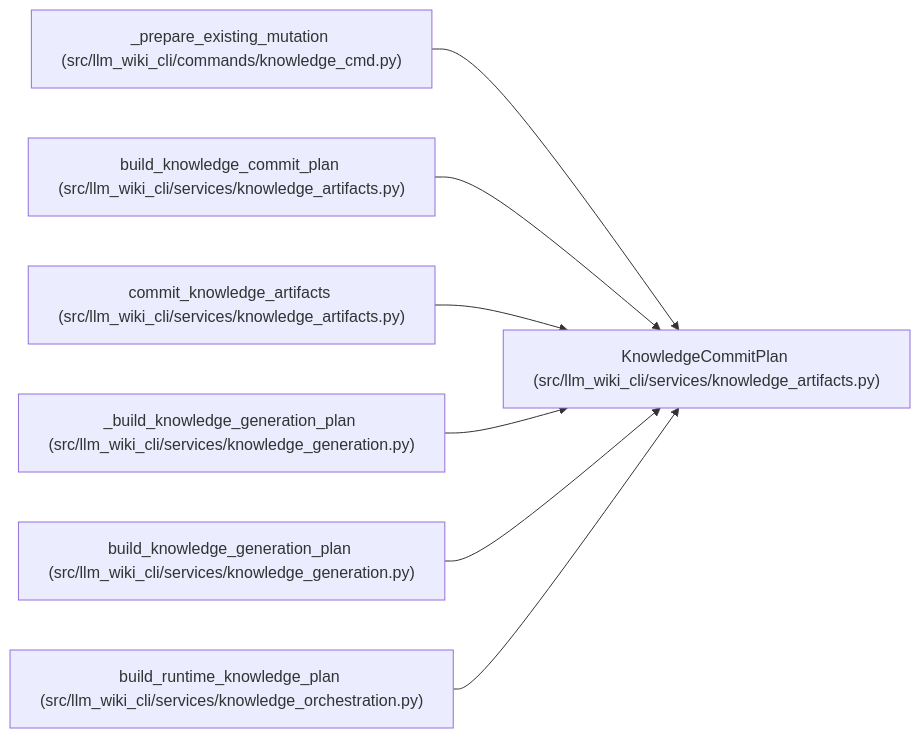
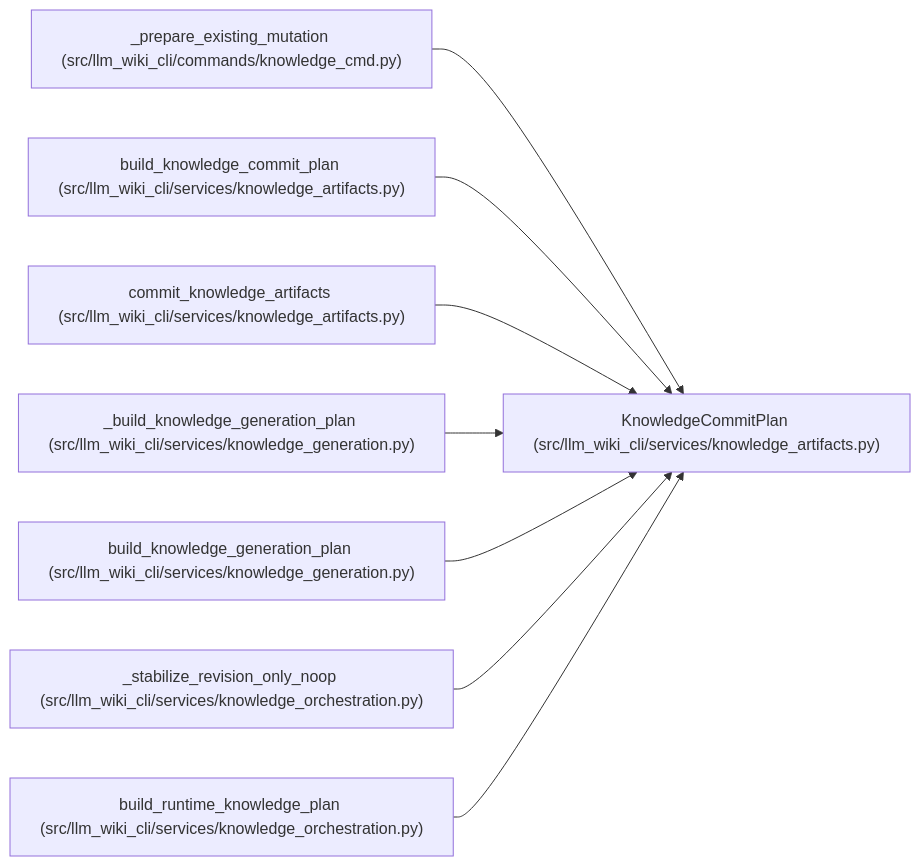
One commit to Denissvgn/python-wiki-llm changed the diagram in docs/llm_wiki/entities/KnowledgeCommitPlan.md. Above: the diagram before and after it, drawn with Mermaid. The commit also changed other lines of this file and 22 other files, not shown here.

````diff
--- a/docs/llm_wiki/entities/KnowledgeCommitPlan.md
+++ b/docs/llm_wiki/entities/KnowledgeCommitPlan.md
@@ -33,23 +33,26 @@
 ```mermaid
 flowchart LR
     n0["KnowledgeCommitPlan (src/llm_wiki_cli/services/knowledge_artifacts.py)"]
     n1["_prepare_existing_mutation (src/llm_wiki_cli/commands/knowledge_cmd.py)"]
     n2["build_knowledge_commit_plan (src/llm_wiki_cli/services/knowledge_artifacts.py)"]
     n3["commit_knowledge_artifacts (src/llm_wiki_cli/services/knowledge_artifacts.py)"]
     n4["_build_knowledge_generation_plan (src/llm_wiki_cli/services/knowledge_generation.py)"]
     n5["build_knowledge_generation_plan (src/llm_wiki_cli/services/knowledge_generation.py)"]
-    n6["build_runtime_knowledge_plan (src/llm_wiki_cli/services/knowledge_orchestration.py)"]
+    n6["_stabilize_revision_only_noop (src/llm_wiki_cli/services/knowledge_orchestration.py)"]
+    n7["build_runtime_knowledge_plan (src/llm_wiki_cli/services/knowledge_orchestration.py)"]
     n1 --> n0
     n2 --> n0
     n3 --> n0
     n4 --> n0
     n5 --> n0
     n6 --> n0
+    n7 --> n0
     click n0 "../modules/knowledge_artifacts.md"
     click n1 "../modules/knowledge_cmd.md"
     click n2 "../modules/knowledge_artifacts.md"
     click n3 "../modules/knowledge_artifacts.md"
     click n4 "../modules/knowledge_generation.md"
     click n5 "../modules/knowledge_generation.md"
     click n6 "../modules/knowledge_orchestration.md"
+    click n7 "../modules/knowledge_orchestration.md"
 ```
````
